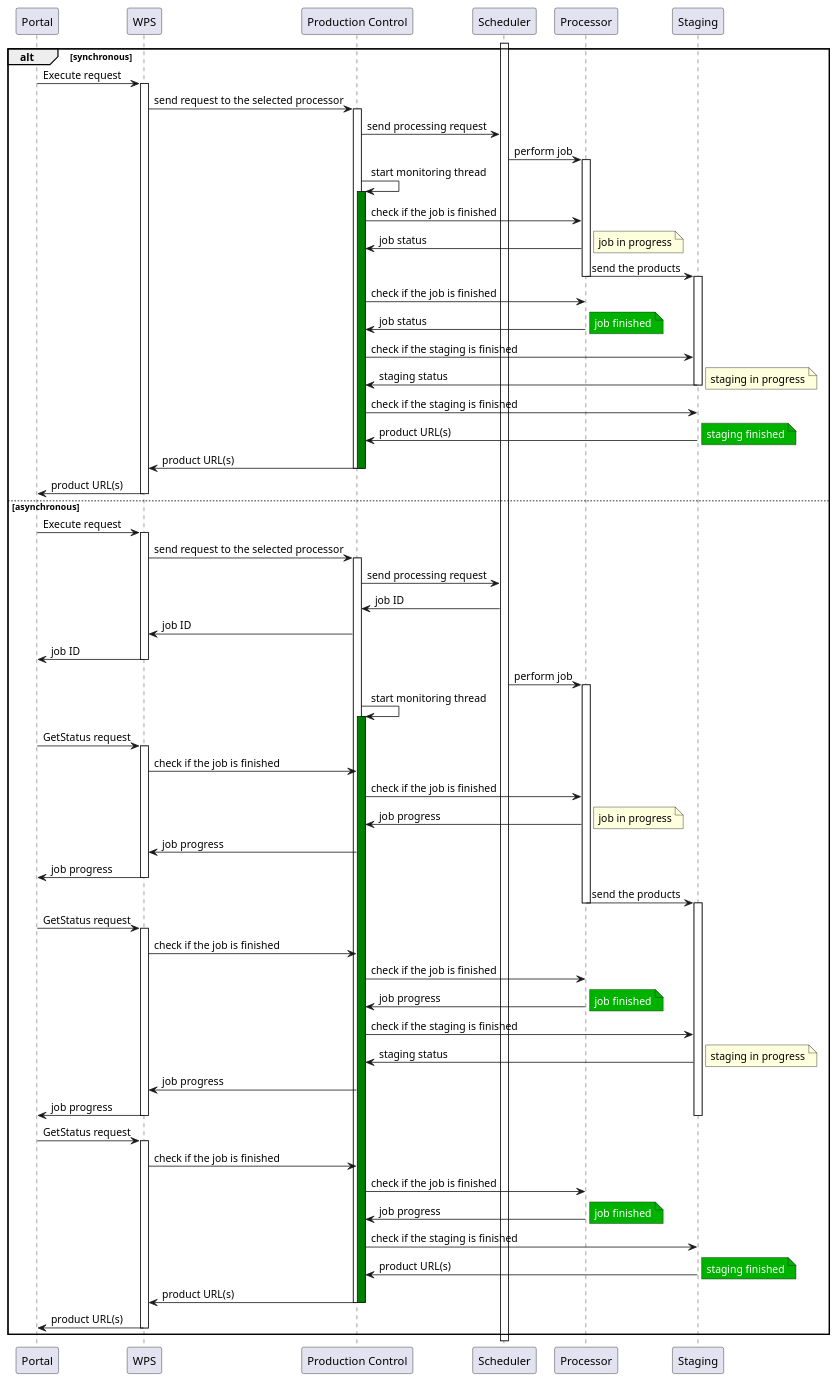
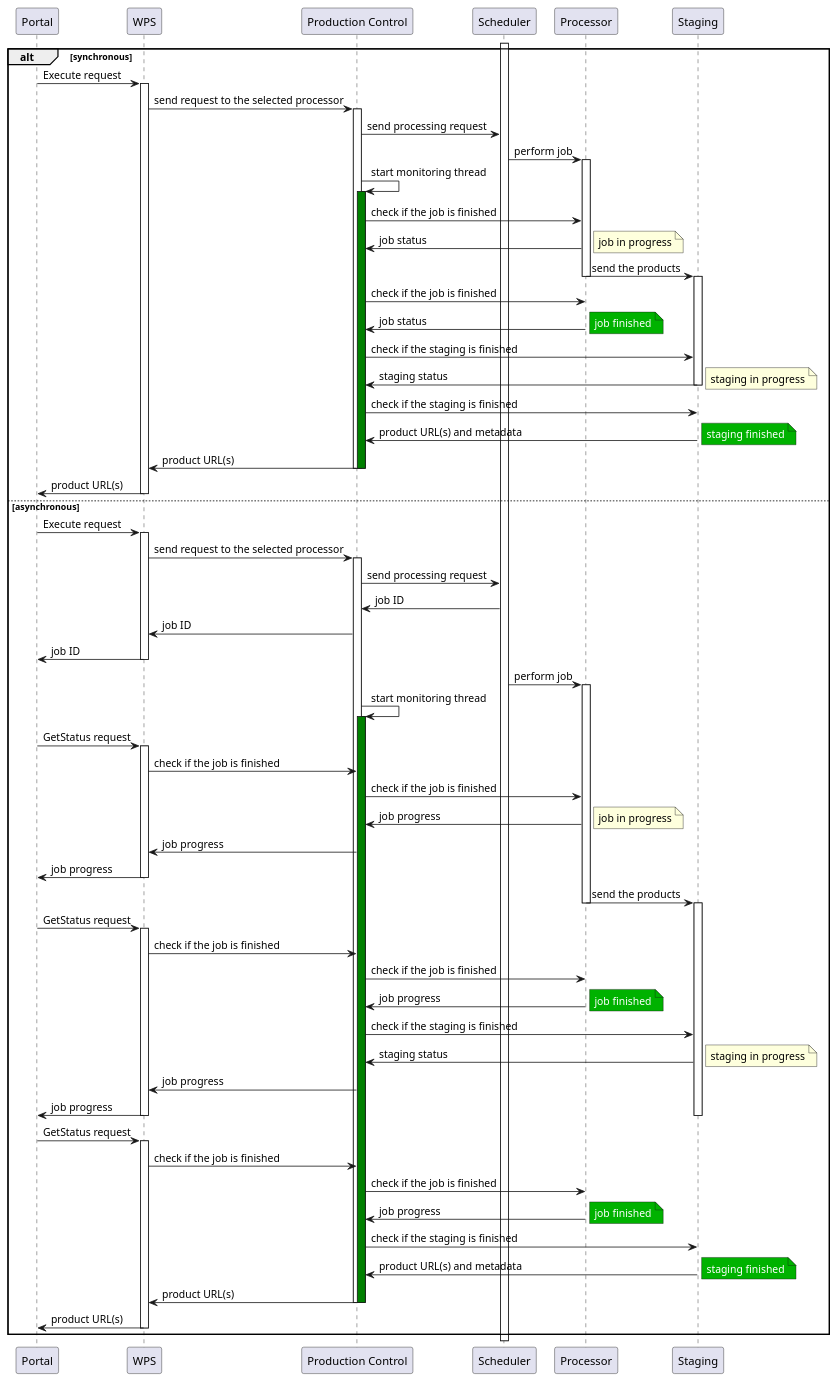
The second of 3 diagrams in source/design/UC02.rst (urban-tep/DDF-SDD), drawn with PlantUML before and after one commit. The commit also changed other lines of this file, not shown here.

Commit message:
Added product registration sequence diagram in UC02

```diff
--- a/source/design/UC02.rst
+++ b/source/design/UC02.rst
@@ -117,7 +115,7 @@
 	  deactivate Staging
 	  
 	  PC -> Staging : check if the staging is finished
-	  Staging -> PC : product URL(s)
+	  Staging -> PC : product URL(s) and metadata
 	  note right #00B200 : <color:white>staging finished</color>
 	  
 	  PC -> WPS : product URL(s)
@@ -187,7 +185,7 @@
 	  Processor -> PC : job progress
 	  note right #00B200 : <color:white>job finished</color>
 	  PC -> Staging : check if the staging is finished
-	  Staging -> PC : product URL(s)
+	  Staging -> PC : product URL(s) and metadata
 	  note right #00B200 : <color:white>staging finished</color>
 	  PC -> WPS : product URL(s)
 	  deactivate PC
```
